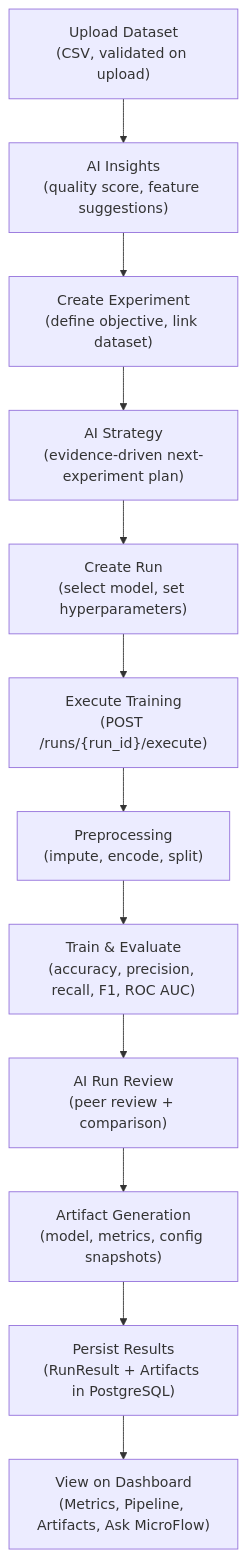
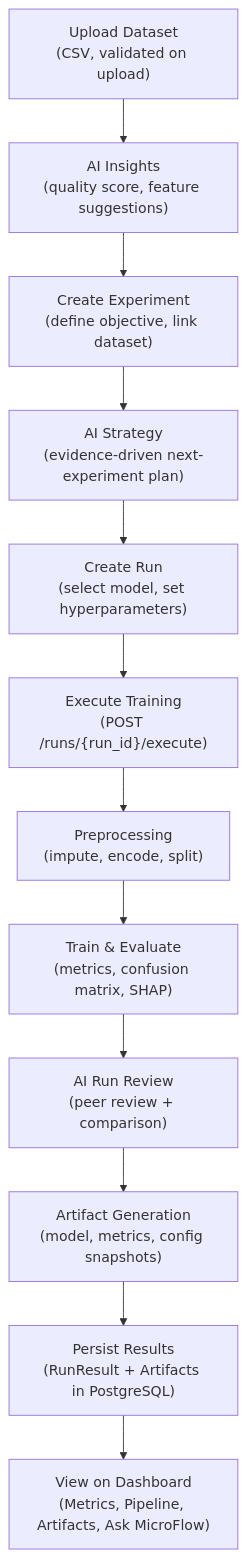
Before and after one commit to Mohitingale13/microflow-ml-platform: the third of 3 diagrams in README.md, drawn with Mermaid. The commit also changed other lines of this file and 76 other files, not shown here.

````diff
--- a/README.md
+++ b/README.md
@@ -284,17 +309,29 @@
 ```mermaid
 graph TD
-    D["Upload Dataset\n(CSV, validated on upload)"]
-    AI_D["AI Insights\n(quality score, feature suggestions)"]
-    E["Create Experiment\n(define objective, link dataset)"]
-    AI_E["AI Strategy\n(evidence-driven next-experiment plan)"]
-    R["Create Run\n(select model, set hyperparameters)"]
-    T["Execute Training\n(POST /runs/{run_id}/execute)"]
-    P["Preprocessing\n(impute, encode, split)"]
-    M["Train & Evaluate\n(accuracy, precision, recall, F1, ROC AUC)"]
-    AI_R["AI Run Review\n(peer review + comparison)"]
-    A["Artifact Generation\n(model, metrics, config snapshots)"]
-    DB["Persist Results\n(RunResult + Artifacts in PostgreSQL)"]
-    Dash["View on Dashboard\n(Metrics, Pipeline, Artifacts, Ask MicroFlow)"]
+    D["Upload Dataset
+(CSV, validated on upload)"]
+    AI_D["AI Insights
+(quality score, feature suggestions)"]
+    E["Create Experiment
+(define objective, link dataset)"]
+    AI_E["AI Strategy
+(evidence-driven next-experiment plan)"]
+    R["Create Run
+(select model, set hyperparameters)"]
+    T["Execute Training
+(POST /runs/{run_id}/execute)"]
+    P["Preprocessing
+(impute, encode, split)"]
+    M["Train & Evaluate
+(metrics, confusion matrix, SHAP)"]
+    AI_R["AI Run Review
+(peer review + comparison)"]
+    A["Artifact Generation
+(model, metrics, config snapshots)"]
+    DB["Persist Results
+(RunResult + Artifacts in PostgreSQL)"]
+    Dash["View on Dashboard
+(Metrics, Pipeline, Artifacts, Ask MicroFlow)"]
 
     D --> AI_D --> E --> AI_E --> R --> T --> P --> M --> AI_R --> A --> DB --> Dash
 ```
````
